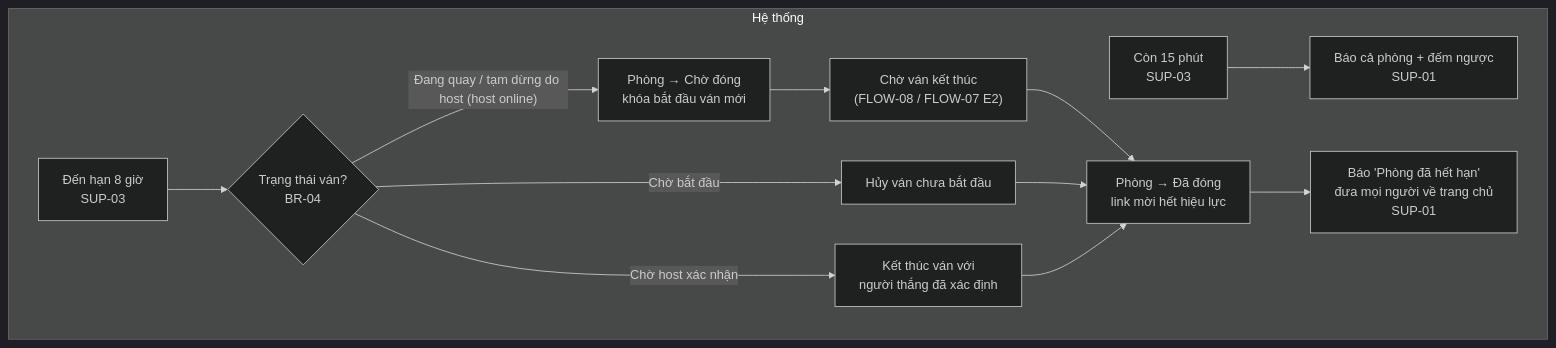
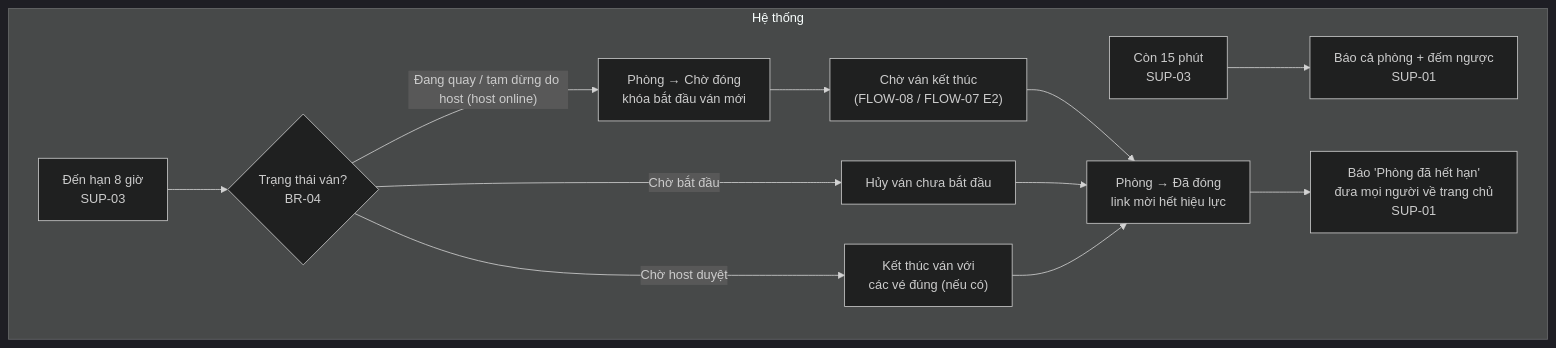
Diagram 15 of 24 in idea/business-flows.md (Thachdong/loto), drawn with Mermaid (dark theme) before and after one commit. The commit also changed other lines of this file and 22 other files, not shown here.

````diff
--- a/idea/business-flows.md
+++ b/idea/business-flows.md
@@ -706,21 +722,21 @@
 ```mermaid
 flowchart TD
   subgraph H["Hệ thống"]
     W1["Còn 15 phút<br/>SUP-03"]
     W2["Báo cả phòng + đếm ngược<br/>SUP-01"]
     S1["Đến hạn 8 giờ<br/>SUP-03"]
     S2{"Trạng thái ván?<br/>BR-04"}
     S3["Phòng → Chờ đóng<br/>khóa bắt đầu ván mới"]
     S4["Chờ ván kết thúc<br/>(FLOW-08 / FLOW-07 E2)"]
     S5["Hủy ván chưa bắt đầu"]
-    S5b["Kết thúc ván với<br/>người thắng đã xác định"]
+    S5b["Kết thúc ván với<br/>các vé đúng (nếu có)"]
     S6["Phòng → Đã đóng<br/>link mời hết hiệu lực"]
     S7["Báo 'Phòng đã hết hạn'<br/>đưa mọi người về trang chủ<br/>SUP-01"]
   end
   W1 --> W2
   S1 --> S2
   S2 -- "Đang quay / tạm dừng do host (host online)" --> S3 --> S4 --> S6
   S2 -- "Chờ bắt đầu" --> S5 --> S6
-  S2 -- "Chờ host xác nhận" --> S5b --> S6
+  S2 -- "Chờ host duyệt" --> S5b --> S6
   S6 --> S7
 ```
````
